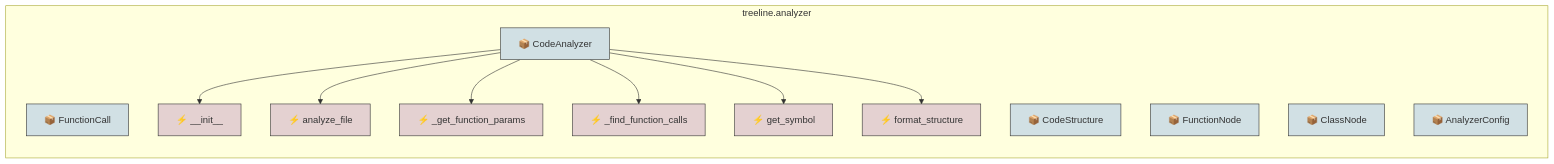
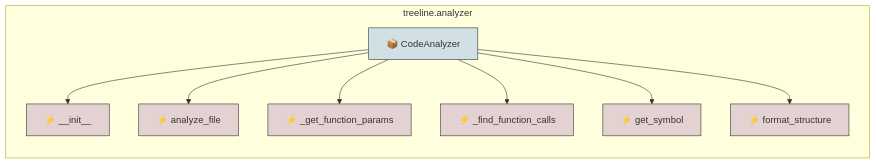
Before and after one commit to duriantaco/treeline: the fourth of 14 diagrams in docs/tree.md, drawn with Mermaid. The commit also changed other lines of this file and 5 other files, not shown here.

````diff
--- a/docs/tree.md
+++ b/docs/tree.md
@@ -79,30 +90,25 @@
 ```mermaid
 graph TD
 
     %% Styling
     classDef fnNode fill:#e4d1d1,stroke:#333
     classDef clsNode fill:#d1e0e4,stroke:#333
 
     subgraph treeline_analyzer["treeline.analyzer"]
         direction TB
-        treeline_analyzer_FunctionCall["📦 FunctionCall"]:::clsNode
-        treeline_analyzer_CodeStructure["📦 CodeStructure"]:::clsNode
-        treeline_analyzer_FunctionNode["📦 FunctionNode"]:::clsNode
-        treeline_analyzer_ClassNode["📦 ClassNode"]:::clsNode
-        treeline_analyzer_AnalyzerConfig["📦 AnalyzerConfig"]:::clsNode
         treeline_analyzer_CodeAnalyzer["📦 CodeAnalyzer"]:::clsNode
         treeline_analyzer_CodeAnalyzer___init__["⚡ __init__"]:::fnNode
         treeline_analyzer_CodeAnalyzer --> treeline_analyzer_CodeAnalyzer___init__
         treeline_analyzer_CodeAnalyzer_analyze_file["⚡ analyze_file"]:::fnNode
         treeline_analyzer_CodeAnalyzer --> treeline_analyzer_CodeAnalyzer_analyze_file
         treeline_analyzer_CodeAnalyzer__get_function_params["⚡ _get_function_params"]:::fnNode
         treeline_analyzer_CodeAnalyzer --> treeline_analyzer_CodeAnalyzer__get_function_params
         treeline_analyzer_CodeAnalyzer__find_function_calls["⚡ _find_function_calls"]:::fnNode
         treeline_analyzer_CodeAnalyzer --> treeline_analyzer_CodeAnalyzer__find_function_calls
         treeline_analyzer_CodeAnalyzer_get_symbol["⚡ get_symbol"]:::fnNode
         treeline_analyzer_CodeAnalyzer --> treeline_analyzer_CodeAnalyzer_get_symbol
         treeline_analyzer_CodeAnalyzer_format_structure["⚡ format_structure"]:::fnNode
         treeline_analyzer_CodeAnalyzer --> treeline_analyzer_CodeAnalyzer_format_structure
     end
 
 ```
````
